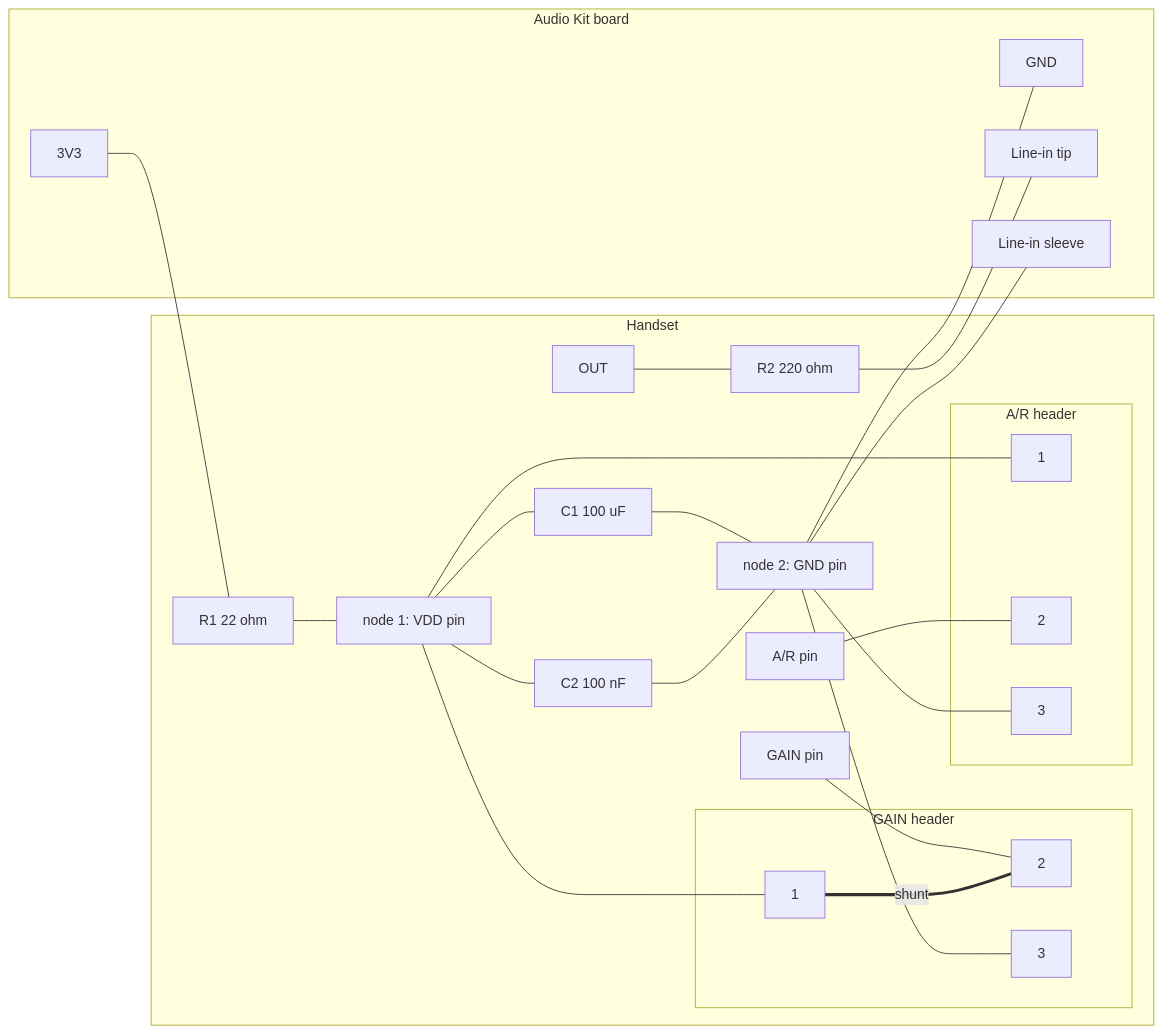
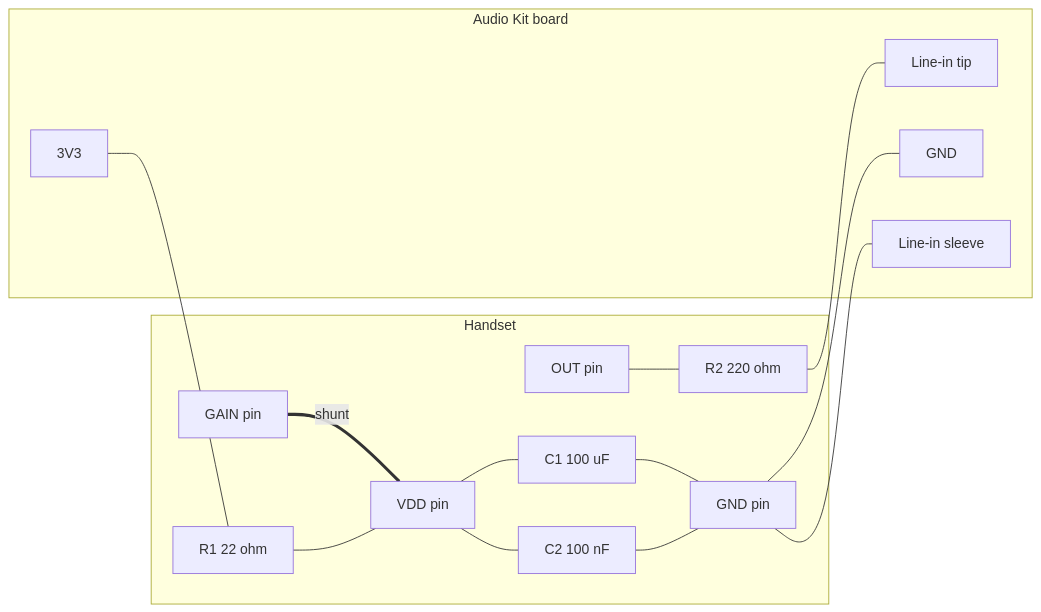
Before and after one commit to rusttick/weeBell_bluetooth: the diagram in doc/initial_design.md, drawn with Mermaid. The commit also changed other lines of this file, not shown here.

Commit message:
working on microphone wiring diagram

````diff
--- a/doc/initial_design.md
+++ b/doc/initial_design.md
@@ -204,45 +204,28 @@
   ```mermaid
   flowchart LR
     subgraph HANDSET["Handset"]
-      GND["node 2: GND pin"]
-      VDD["node 1: VDD pin"]
+      VDD["VDD pin"]
+      GND["GND pin"]
       GAIN["GAIN pin"]
-      AR["A/R pin"]
-      OUT["OUT"]
+      OUT["OUT pin"]
       R1["R1 22 ohm"]
       C1["C1 100 uF"]
       C2["C2 100 nF"]
       R2["R2 220 ohm"]
-      subgraph GH["GAIN header"]
-        G1["1"]
-        G2["2"]
-        G3["3"]
-      end
-      subgraph AH["A/R header"]
-        A1["1"]
-        A2["2"]
-        A3["3"]
-      end
     end
 
     subgraph BOARD["Audio Kit board"]
       V3["3V3"]
       G["GND"]
       TIP["Line-in tip"]
       SLV["Line-in sleeve"]
     end
 
     V3 --- R1 --- VDD
     VDD --- C1 --- GND
     VDD --- C2 --- GND
-    VDD --- G1
-    GAIN --- G2
-    GND --- G3
-    G1 ===|shunt| G2
-    VDD --- A1
-    AR --- A2
-    GND --- A3
+    GAIN ===|shunt| VDD
     OUT --- R2 --- TIP
     GND --- G
     GND --- SLV
   ```
````
